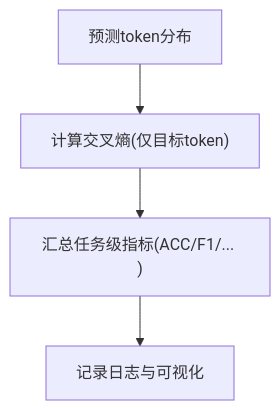
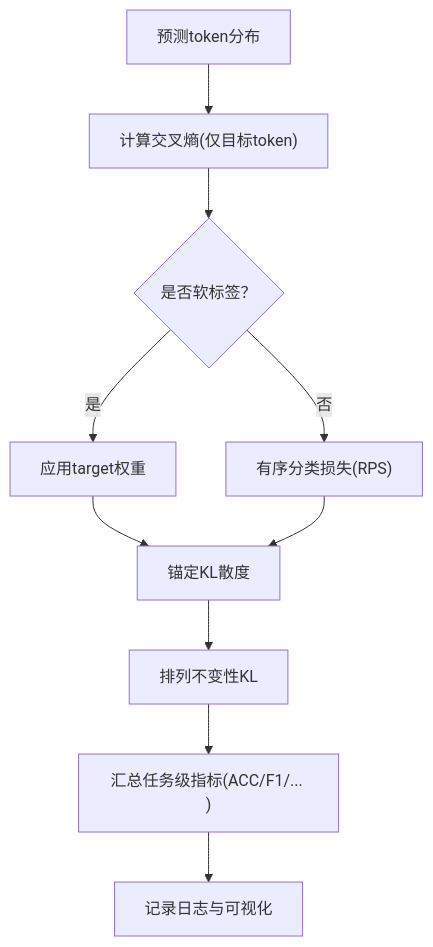
The ninth of 12 diagrams in .qoder/repowiki/zh/content/训练框架/训练框架.md (joezxh/kev), drawn with Mermaid before and after one commit. The commit also changed other lines of this file and 70 other files, not shown here.

````diff
--- a/.qoder/repowiki/zh/content/训练框架/训练框架.md
+++ b/.qoder/repowiki/zh/content/训练框架/训练框架.md
@@ -234,6 +420,12 @@
 ```mermaid
 flowchart TD
 P["预测token分布"] --> L["计算交叉熵(仅目标token)"]
-L --> M["汇总任务级指标(ACC/F1/... )"]
+L --> Soft{"是否软标签？"}
+Soft --> |是| Target["应用target权重"]
+Soft --> |否| Ordinal["有序分类损失(RPS)"]
+Target --> Anchor["锚定KL散度"]
+Ordinal --> Anchor
+Anchor --> Perm["排列不变性KL"]
+Perm --> M["汇总任务级指标(ACC/F1/... )"]
 M --> R["记录日志与可视化"]
 ```
````
